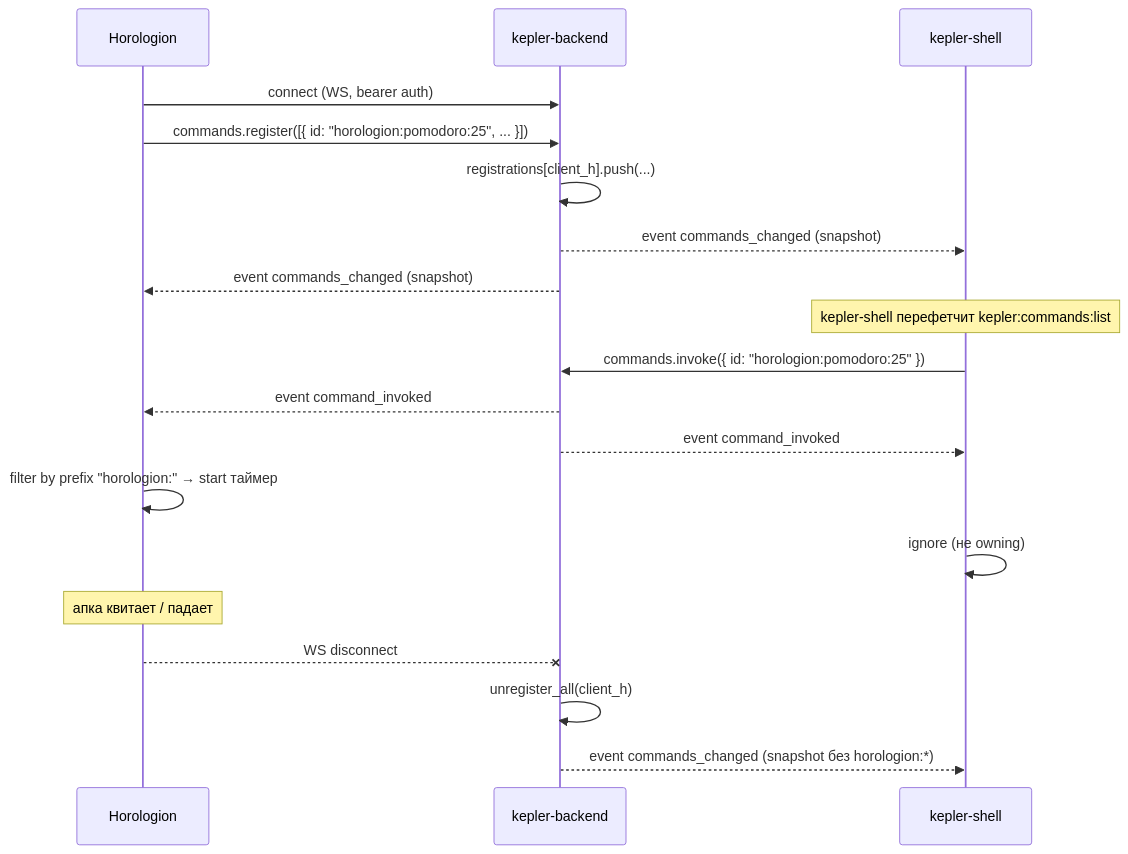
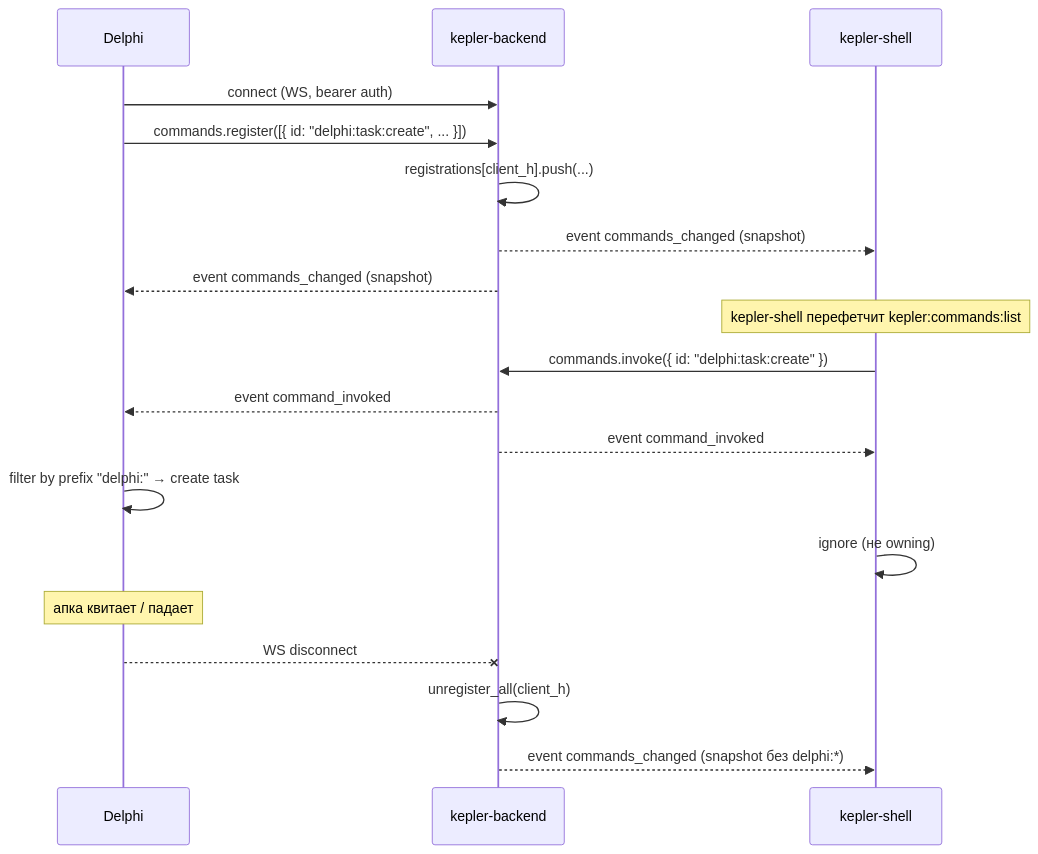
Before and after one commit to makekosmos/cortex: the diagram in docs-site/concepts/command-bus.md, drawn with Mermaid. The commit also changed other lines of this file and 46 other files, not shown here.

````diff
--- a/docs-site/concepts/command-bus.md
+++ b/docs-site/concepts/command-bus.md
@@ -151,21 +151,21 @@
 ```mermaid
 sequenceDiagram
-  participant H as Horologion
+  participant D as Delphi
   participant B as kepler-backend
   participant K as kepler-shell
-  H->>B: connect (WS, bearer auth)
-  H->>B: commands.register([{ id: "horologion:pomodoro:25", ... }])
+  D->>B: connect (WS, bearer auth)
+  D->>B: commands.register([{ id: "delphi:task:create", ... }])
   B->>B: registrations[client_h].push(...)
   B-->>K: event commands_changed (snapshot)
-  B-->>H: event commands_changed (snapshot)
+  B-->>D: event commands_changed (snapshot)
   Note over K: kepler-shell перефетчит kepler:commands:list
-  K->>B: commands.invoke({ id: "horologion:pomodoro:25" })
-  B-->>H: event command_invoked
+  K->>B: commands.invoke({ id: "delphi:task:create" })
+  B-->>D: event command_invoked
   B-->>K: event command_invoked
-  H->>H: filter by prefix "horologion:" → start таймер
+  D->>D: filter by prefix "delphi:" → create task
   K->>K: ignore (не owning)
-  Note over H: апка квитает / падает
-  H--xB: WS disconnect
+  Note over D: апка квитает / падает
+  D--xB: WS disconnect
   B->>B: unregister_all(client_h)
-  B-->>K: event commands_changed (snapshot без horologion:*)
+  B-->>K: event commands_changed (snapshot без delphi:*)
 ```
````
